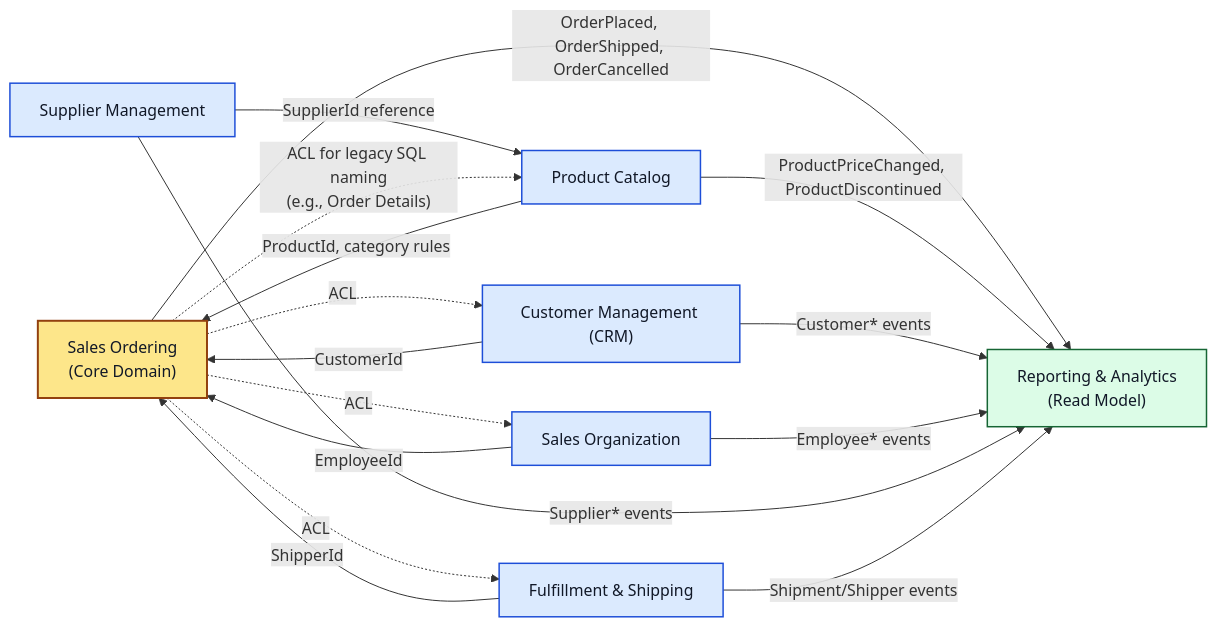
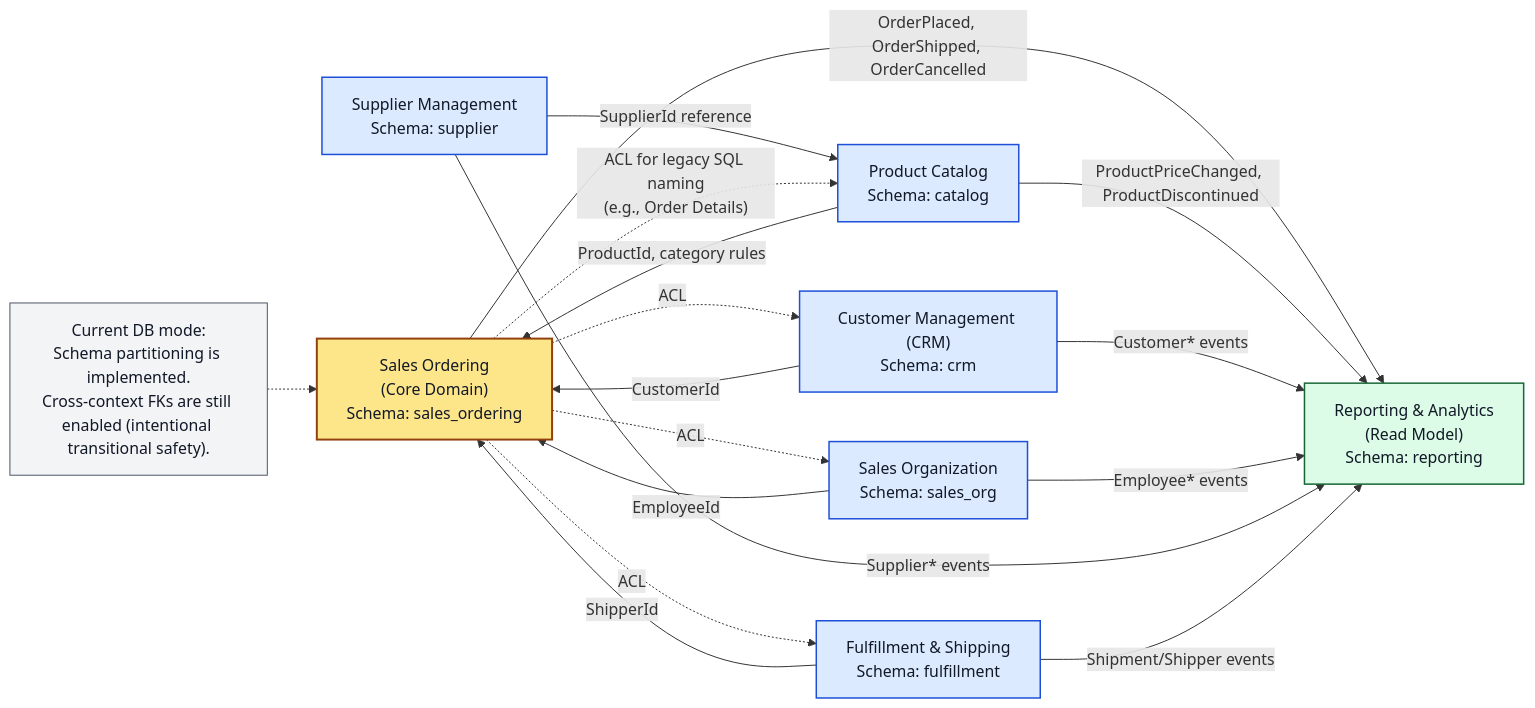
One commit to cbakopanos/northwind changed the diagram in docs/DOMAIN.mmd. Above: the diagram before and after it, drawn with Mermaid. The commit also changed 6 other files, not shown here.

Commit message:
bounded context in db schema with cross context FKs for now

```diff
--- a/docs/DOMAIN.mmd
+++ b/docs/DOMAIN.mmd
@@ -1,35 +1,39 @@
 flowchart LR
-    SO["Sales Ordering\n(Core Domain)"]
-    PC["Product Catalog"]
-    CRM["Customer Management (CRM)"]
-    FUL["Fulfillment & Shipping"]
-    ORG["Sales Organization"]
-    SUP["Supplier Management"]
-    REP["Reporting & Analytics\n(Read Model)"]
+    SO["Sales Ordering\n(Core Domain)\nSchema: sales_ordering"]
+    PC["Product Catalog\nSchema: catalog"]
+    CRM["Customer Management (CRM)\nSchema: crm"]
+    FUL["Fulfillment & Shipping\nSchema: fulfillment"]
+    ORG["Sales Organization\nSchema: sales_org"]
+    SUP["Supplier Management\nSchema: supplier"]
+    REP["Reporting & Analytics\n(Read Model)\nSchema: reporting"]
+    NOTE["Current DB mode:\nSchema partitioning is implemented.\nCross-context FKs are still enabled (intentional transitional safety)."]
 
     PC -->|"ProductId, category rules"| SO
     CRM -->|"CustomerId"| SO
     ORG -->|"EmployeeId"| SO
     FUL -->|"ShipperId"| SO
 
     SUP -->|"SupplierId reference"| PC
 
     SO -->|"OrderPlaced, OrderShipped, OrderCancelled"| REP
     PC -->|"ProductPriceChanged, ProductDiscontinued"| REP
     CRM -->|"Customer* events"| REP
     ORG -->|"Employee* events"| REP
     SUP -->|"Supplier* events"| REP
     FUL -->|"Shipment/Shipper events"| REP
 
     SO -.->|"ACL for legacy SQL naming\n(e.g., Order Details)"| PC
     SO -.->|"ACL"| CRM
     SO -.->|"ACL"| ORG
     SO -.->|"ACL"| FUL
+    NOTE -.-> SO
 
     classDef core fill:#fde68a,stroke:#92400e,stroke-width:2px,color:#111827;
     classDef upstream fill:#dbeafe,stroke:#1d4ed8,stroke-width:1.5px,color:#111827;
     classDef downstream fill:#dcfce7,stroke:#166534,stroke-width:1.5px,color:#111827;
+    classDef note fill:#f3f4f6,stroke:#4b5563,stroke-width:1px,color:#111827;
 
     class SO core;
     class PC,CRM,FUL,ORG,SUP upstream;
     class REP downstream;
+    class NOTE note;
```
